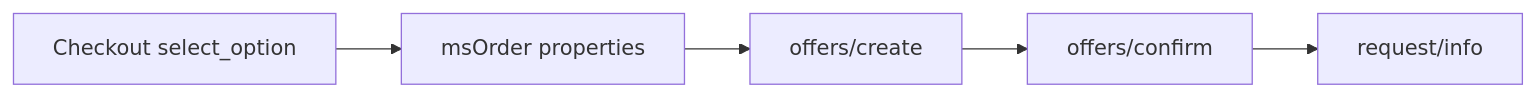
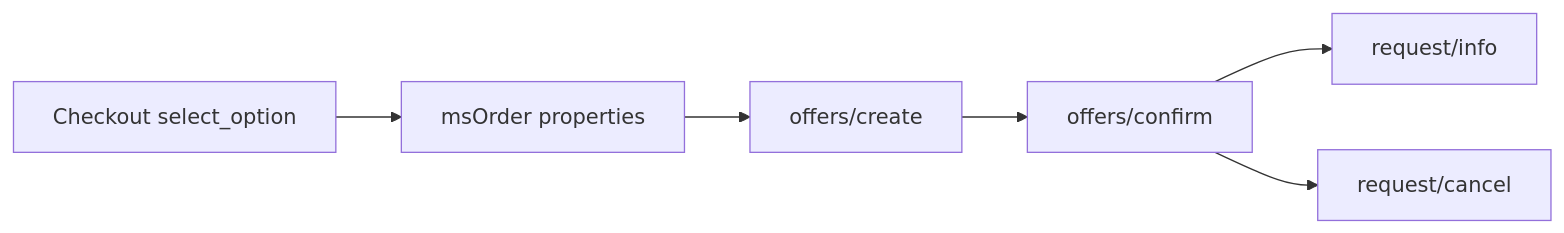
Before and after one commit to modx-pro/Docs: the diagram in docs/components/msyandexdelivery/integration.md, drawn with Mermaid. The commit also changed other lines of this file and 16 other files, not shown here.

````diff
--- a/docs/components/msyandexdelivery/integration.md
+++ b/docs/components/msyandexdelivery/integration.md
@@ -10,12 +10,14 @@
 ```mermaid
 flowchart LR
   checkout[Checkout select_option]
   order[msOrder properties]
   create[offers/create]
   confirm[offers/confirm]
   refresh[request/info]
+  cancel[request/cancel]
   checkout --> order
   order --> create
   create --> confirm
   confirm --> refresh
+  confirm --> cancel
 ```
````
